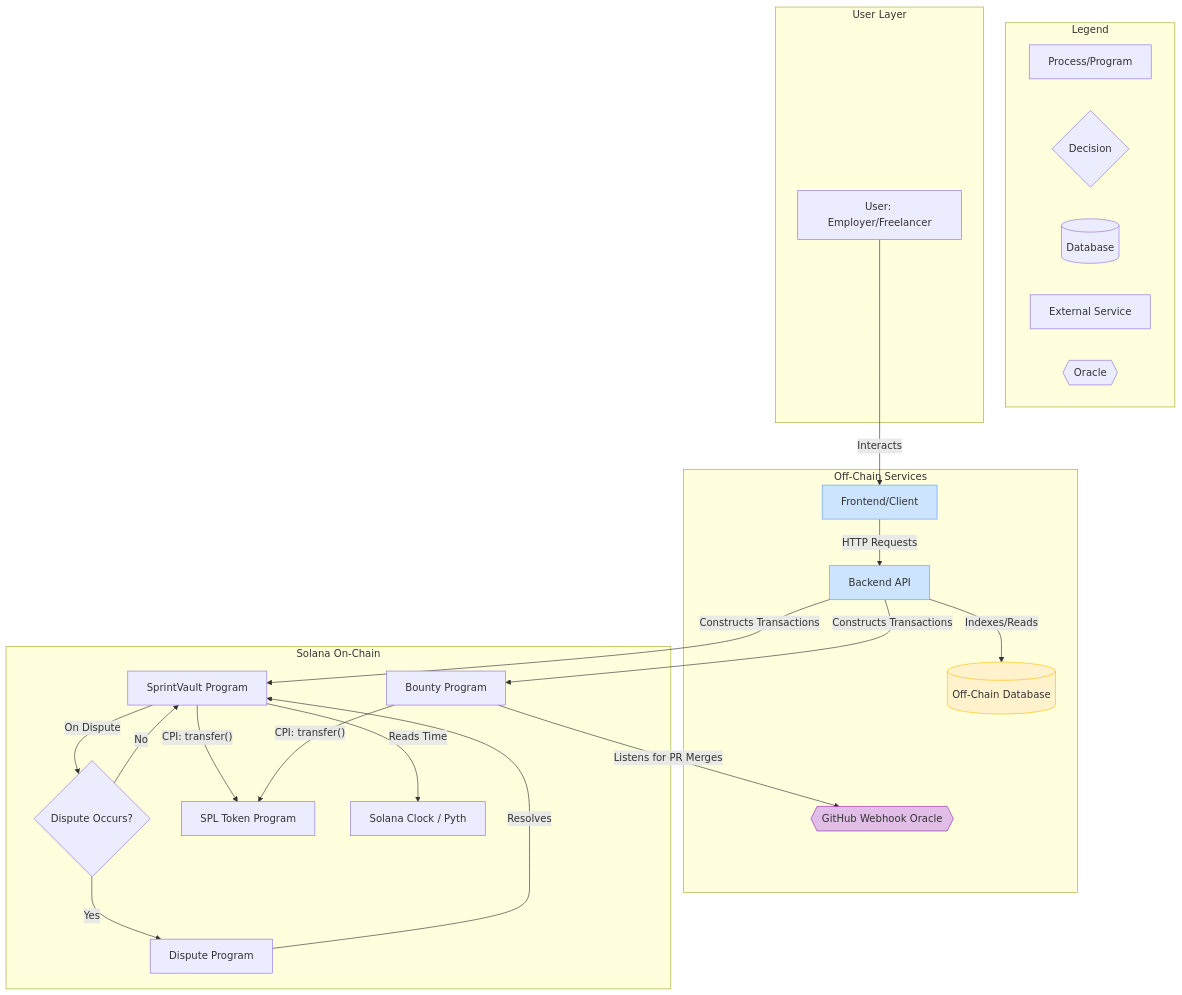
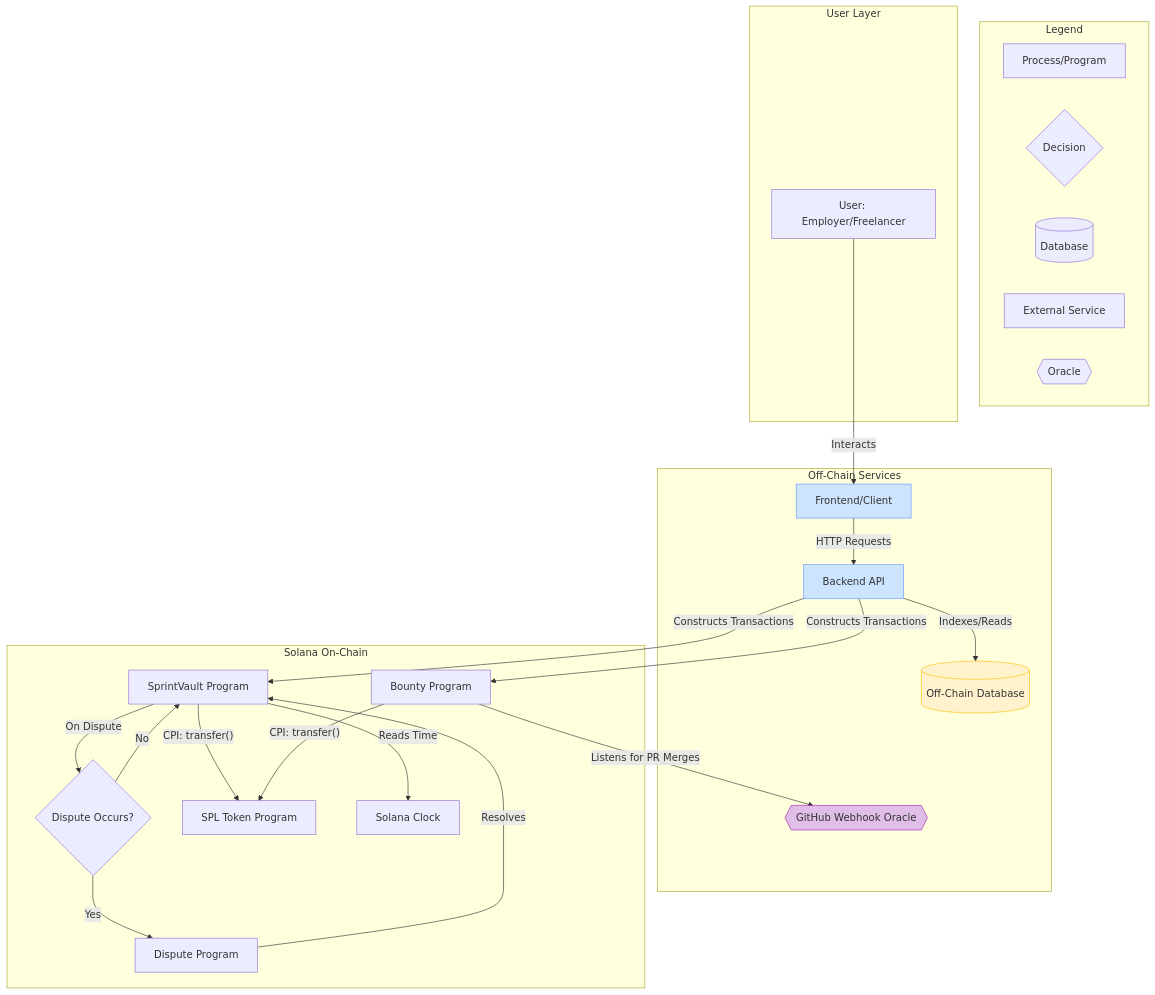
The third of 4 diagrams in capstone/Q32025-3-Architecture.md (solana-turbin3/Q3_25_Builder_AQuental), drawn with Mermaid before and after one commit. The commit also changed other lines of this file, not shown here.

Commit message:
removed Pyth reference (no longer needed)

````diff
--- a/capstone/Q32025-3-Architecture.md
+++ b/capstone/Q32025-3-Architecture.md
@@ -216,53 +216,53 @@
 ```mermaid
 flowchart TD
     subgraph Legend
         direction LR
         L_P[Process/Program]
         L_D{Decision}
         L_C[(Database)]
         L_S[External Service]
         L_H{{Oracle}}
     end
 
     subgraph User Layer
         U[User: Employer/Freelancer]
     end
 
     subgraph Off-Chain Services
         FS[Frontend/Client]:::cloud
         API[Backend API]:::cloud
         DB[(Off-Chain Database)]:::db
         GH{{GitHub Webhook Oracle}}:::oracle
     end
 
     subgraph Solana On-Chain
         P1[SprintVault Program]
         P2[Bounty Program]
         P3[Dispute Program]
         D{Dispute Occurs?}
         SPL[SPL Token Program]
-        CLK[Solana Clock / Pyth]
+        CLK[Solana Clock]
     end
 
     %% Flow Paths
     U -- "Interacts" --> FS
     FS -- "HTTP Requests" --> API
     API -- "Indexes/Reads" --> DB
     API -- "Constructs Transactions" --> P1
     API -- "Constructs Transactions" --> P2
 
     P1 -- "CPI: transfer()" --> SPL
     P2 -- "CPI: transfer()" --> SPL
 
     P1 -- "Reads Time" --> CLK
     P2 -- "Listens for PR Merges" --> GH
 
     P1 -- "On Dispute" --> D
     D -- "Yes" --> P3
     D -- "No" --> P1
     P3 -- "Resolves" --> P1
 
     classDef cloud fill:#cde4ff,stroke:#6699ff
     classDef db fill:#fff2cd,stroke:#ffc107
     classDef oracle fill:#e1bee7,stroke:#9c27b0
 ```
````
